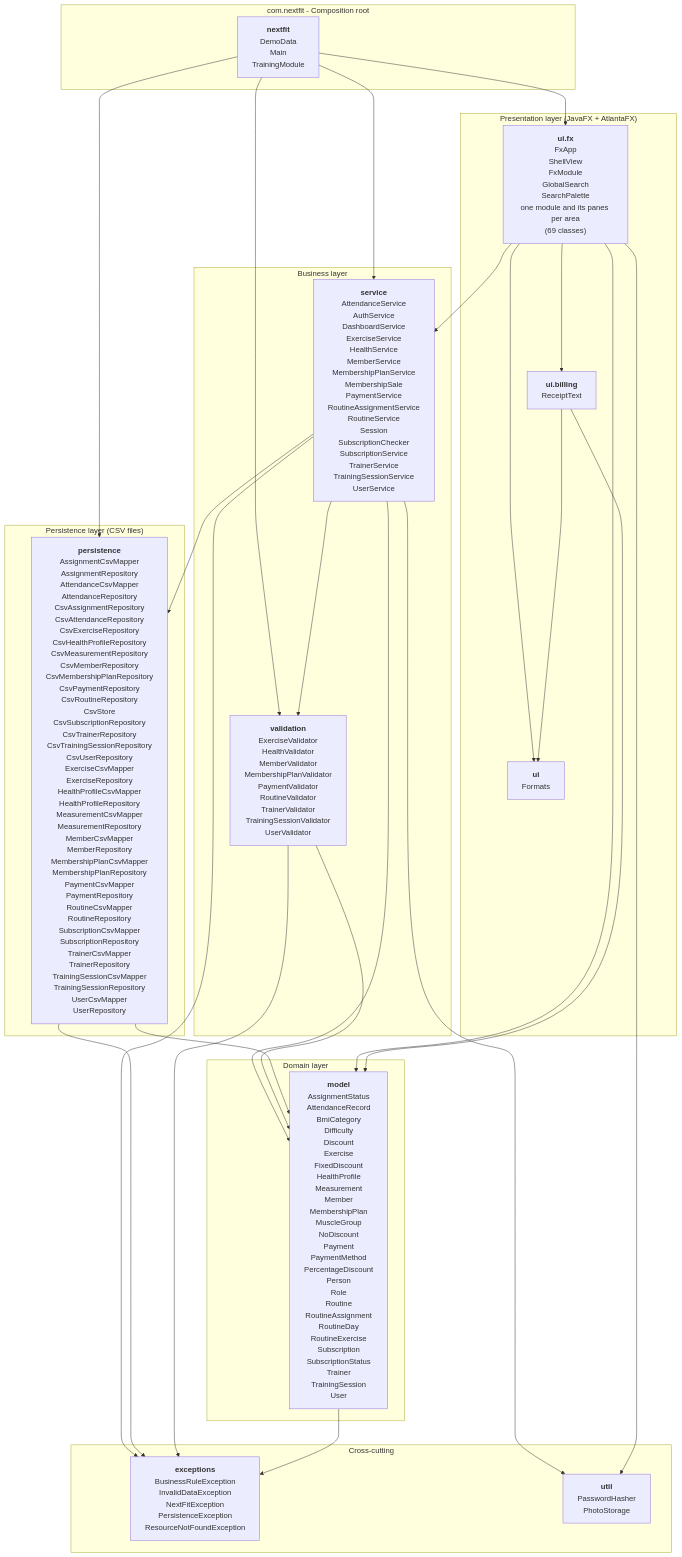
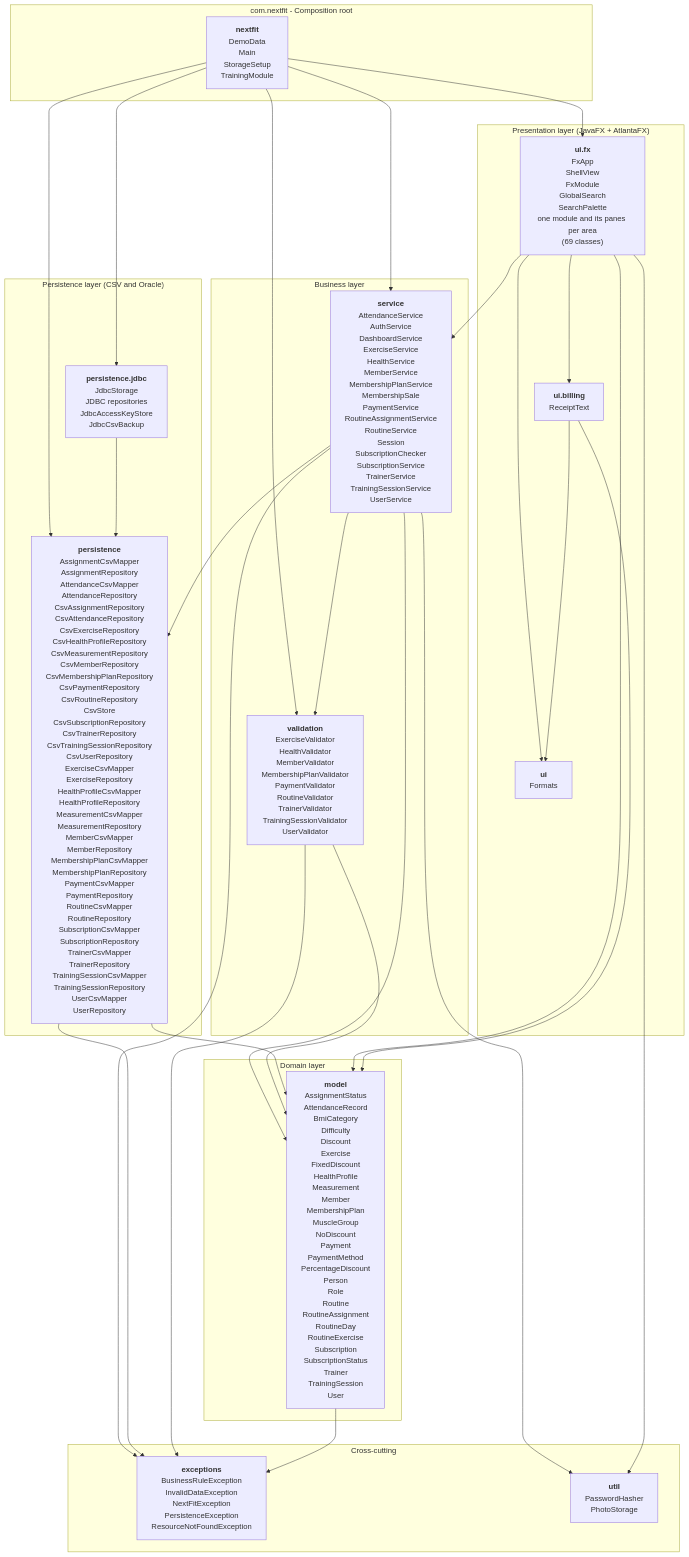
One commit to Deliner2501/NextFit changed the first of 2 diagrams in docs/layers-diagram.md. Above: the diagram before and after it, drawn with Mermaid. The commit also changed 16 other files, not shown here.

Commit message:
Export Oracle backups and document team setup

````diff
--- a/docs/layers-diagram.md
+++ b/docs/layers-diagram.md
@@ -7,56 +7,59 @@
 ```mermaid
 graph TD
     subgraph ROOT["com.nextfit - Composition root"]
-        R["<b>nextfit</b><br/>DemoData<br/>Main<br/>TrainingModule"]
+        R["<b>nextfit</b><br/>DemoData<br/>Main<br/>StorageSetup<br/>TrainingModule"]
     end
 
     subgraph PRES["Presentation layer (JavaFX + AtlantaFX)"]
         UI["<b>ui</b><br/>Formats"]
         UIB["<b>ui.billing</b><br/>ReceiptText"]
         UIF["<b>ui.fx</b><br/>FxApp<br/>ShellView<br/>FxModule<br/>GlobalSearch<br/>SearchPalette<br/>one module and its panes per area<br/>(69 classes)"]
     end
 
     subgraph BUS["Business layer"]
         SV["<b>service</b><br/>AttendanceService<br/>AuthService<br/>DashboardService<br/>ExerciseService<br/>HealthService<br/>MemberService<br/>MembershipPlanService<br/>MembershipSale<br/>PaymentService<br/>RoutineAssignmentService<br/>RoutineService<br/>Session<br/>SubscriptionChecker<br/>SubscriptionService<br/>TrainerService<br/>TrainingSessionService<br/>UserService"]
         VA["<b>validation</b><br/>ExerciseValidator<br/>HealthValidator<br/>MemberValidator<br/>MembershipPlanValidator<br/>PaymentValidator<br/>RoutineValidator<br/>TrainerValidator<br/>TrainingSessionValidator<br/>UserValidator"]
     end
 
-    subgraph DATA["Persistence layer (CSV files)"]
+    subgraph DATA["Persistence layer (CSV and Oracle)"]
+        JD["<b>persistence.jdbc</b><br/>JdbcStorage<br/>JDBC repositories<br/>JdbcAccessKeyStore<br/>JdbcCsvBackup"]
         PE["<b>persistence</b><br/>AssignmentCsvMapper<br/>AssignmentRepository<br/>AttendanceCsvMapper<br/>AttendanceRepository<br/>CsvAssignmentRepository<br/>CsvAttendanceRepository<br/>CsvExerciseRepository<br/>CsvHealthProfileRepository<br/>CsvMeasurementRepository<br/>CsvMemberRepository<br/>CsvMembershipPlanRepository<br/>CsvPaymentRepository<br/>CsvRoutineRepository<br/>CsvStore<br/>CsvSubscriptionRepository<br/>CsvTrainerRepository<br/>CsvTrainingSessionRepository<br/>CsvUserRepository<br/>ExerciseCsvMapper<br/>ExerciseRepository<br/>HealthProfileCsvMapper<br/>HealthProfileRepository<br/>MeasurementCsvMapper<br/>MeasurementRepository<br/>MemberCsvMapper<br/>MemberRepository<br/>MembershipPlanCsvMapper<br/>MembershipPlanRepository<br/>PaymentCsvMapper<br/>PaymentRepository<br/>RoutineCsvMapper<br/>RoutineRepository<br/>SubscriptionCsvMapper<br/>SubscriptionRepository<br/>TrainerCsvMapper<br/>TrainerRepository<br/>TrainingSessionCsvMapper<br/>TrainingSessionRepository<br/>UserCsvMapper<br/>UserRepository"]
     end
 
     subgraph DOM["Domain layer"]
         MO["<b>model</b><br/>AssignmentStatus<br/>AttendanceRecord<br/>BmiCategory<br/>Difficulty<br/>Discount<br/>Exercise<br/>FixedDiscount<br/>HealthProfile<br/>Measurement<br/>Member<br/>MembershipPlan<br/>MuscleGroup<br/>NoDiscount<br/>Payment<br/>PaymentMethod<br/>PercentageDiscount<br/>Person<br/>Role<br/>Routine<br/>RoutineAssignment<br/>RoutineDay<br/>RoutineExercise<br/>Subscription<br/>SubscriptionStatus<br/>Trainer<br/>TrainingSession<br/>User"]
     end
 
     subgraph CROSS["Cross-cutting"]
         EX["<b>exceptions</b><br/>BusinessRuleException<br/>InvalidDataException<br/>NextFitException<br/>PersistenceException<br/>ResourceNotFoundException"]
         UT["<b>util</b><br/>PasswordHasher<br/>PhotoStorage"]
     end
 
     R --> UIF
     R --> SV
     R --> PE
+    R --> JD
+    JD --> PE
     R --> VA
 
     UIF --> UI
     UIF --> UIB
     UIB --> UI
 
     UIF --> SV
 
     SV --> VA
     SV --> PE
     SV --> MO
     VA --> MO
     PE --> MO
     UIF --> MO
     UIB --> MO
 
     SV --> UT
     UIF --> UT
     SV --> EX
     PE --> EX
     VA --> EX
     MO --> EX
 ```
````
